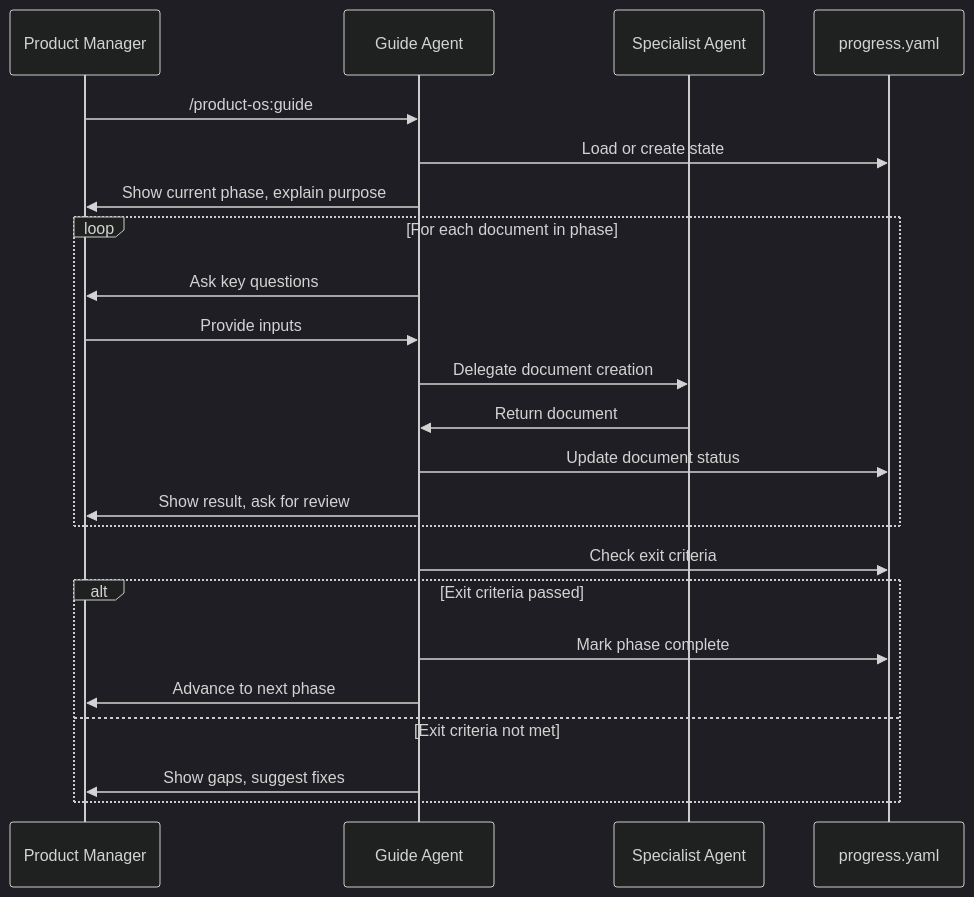
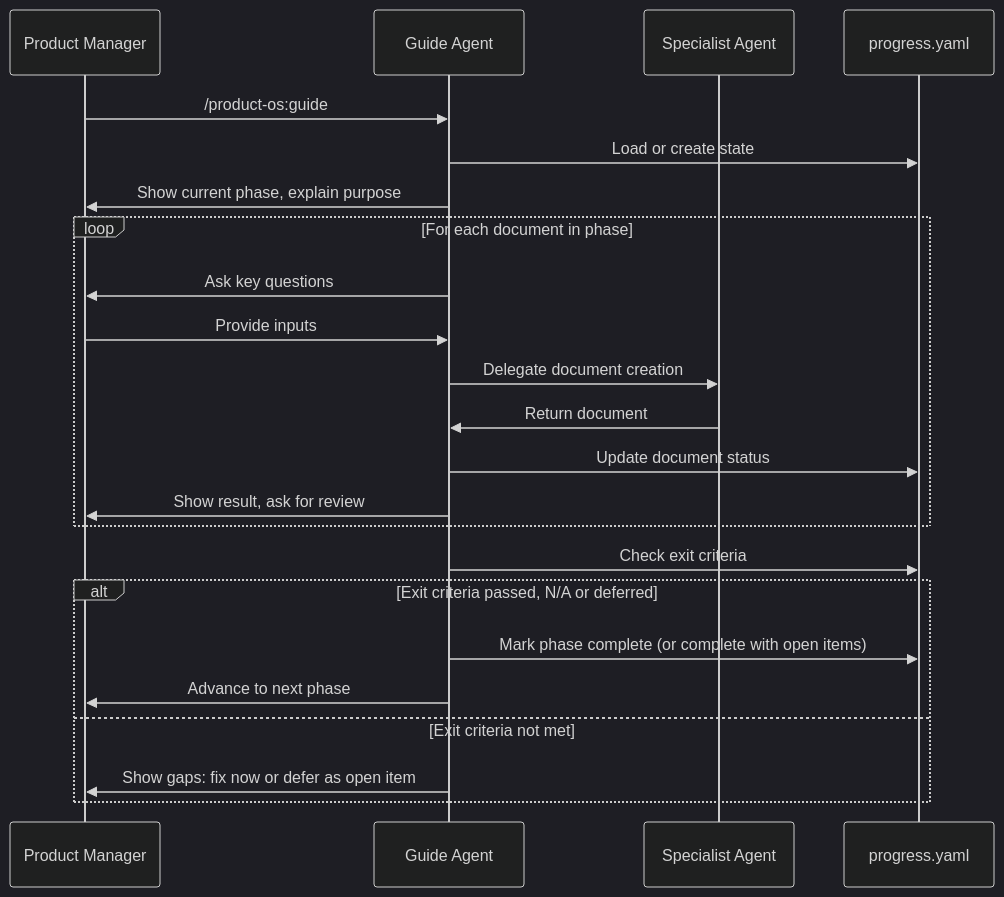
Before and after one commit to johnedelatorre/product-os: the diagram in docs/guides/guided-workflow.md, drawn with Mermaid (dark theme). The commit also changed other lines of this file and 18 other files, not shown here.

First line of the commit message:
feat(guided): defer missing items and keep going (open items, schema 1.2)

````diff
--- a/docs/guides/guided-workflow.md
+++ b/docs/guides/guided-workflow.md
@@ -43,28 +65,28 @@
 ```mermaid
 sequenceDiagram
     participant PM as Product Manager
     participant Guide as Guide Agent
     participant Spec as Specialist Agent
     participant Progress as progress.yaml
 
     PM->>Guide: /product-os:guide
     Guide->>Progress: Load or create state
     Guide->>PM: Show current phase, explain purpose
     
     loop For each document in phase
         Guide->>PM: Ask key questions
         PM->>Guide: Provide inputs
         Guide->>Spec: Delegate document creation
         Spec->>Guide: Return document
         Guide->>Progress: Update document status
         Guide->>PM: Show result, ask for review
     end
     
     Guide->>Progress: Check exit criteria
-    alt Exit criteria passed
-        Guide->>Progress: Mark phase complete
+    alt Exit criteria passed, N/A or deferred
+        Guide->>Progress: Mark phase complete (or complete with open items)
         Guide->>PM: Advance to next phase
     else Exit criteria not met
-        Guide->>PM: Show gaps, suggest fixes
+        Guide->>PM: Show gaps: fix now or defer as open item
     end
 ```
````
